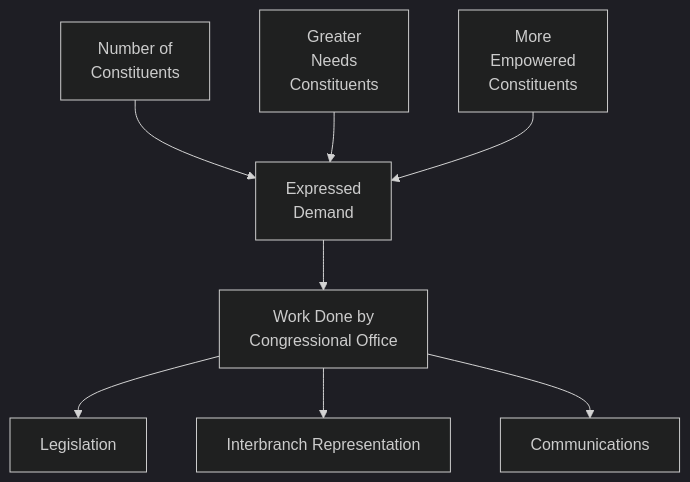
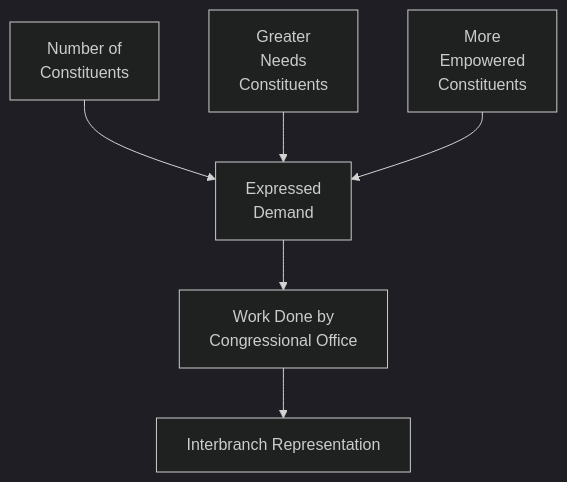
The second of 6 diagrams in causal.qmd (judgelord/cor-book), drawn with Mermaid (dark theme) before and after one commit. The commit also changed other lines of this file, not shown here.

````diff
--- a/causal.qmd
+++ b/causal.qmd
@@ -105,24 +105,20 @@
 ```{mermaid}
 %%| label: fig-causal-demand
 %%| fig-cap: "How constituent demand shapes interbranch representation activities"
 %%| fig-width: 6.5
 
 %%| out-width: "100%"
 
 flowchart TD
         MC["Number of <br/>Constituents"]
         MD["More<br/>Empowered<br/>Constituents"]
         GN["Greater<br/> Needs<br/>Constituents"]
         AD["Expressed<br/>Demand"]
         W["Work Done by<br/>Congressional Office"]
-        L["Legislation"]
         A["Interbranch Representation"]
-        C["Communications"]
     MC -->AD
     GN -->AD
     MD -->AD
     AD --> W
-    W --> L
     W --> A
-    W --> C
 ```
````
